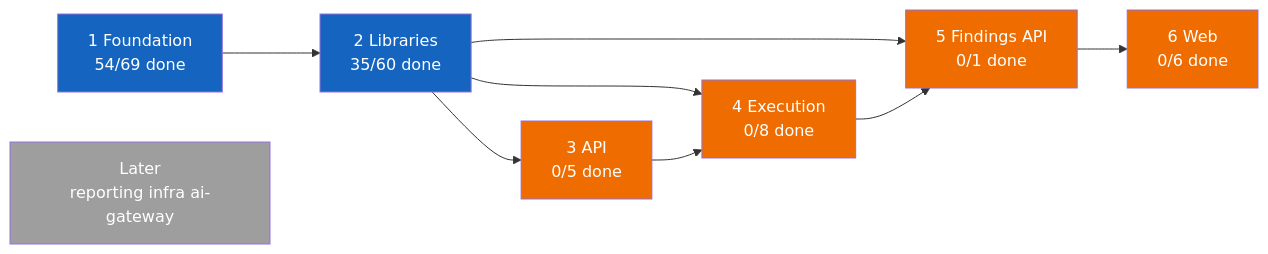
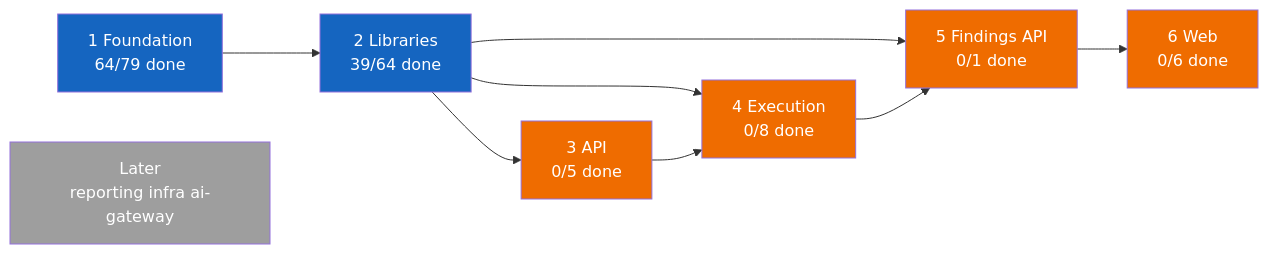
One commit to vulcanflow/docs changed the first of 2 diagrams in PROGRESS.md. Above: the diagram before and after it, drawn with Mermaid. The commit also changed other lines of this file and 1 other file, not shown here.

````diff
--- a/PROGRESS.md
+++ b/PROGRESS.md
@@ -24,31 +24,31 @@
 ```mermaid
 flowchart LR
-  P1["1 Foundation<br/>54/69 done"]
-  P2["2 Libraries<br/>35/60 done"]
+  P1["1 Foundation<br/>64/79 done"]
+  P2["2 Libraries<br/>39/64 done"]
   P3["3 API<br/>0/5 done"]
   P4["4 Execution<br/>0/8 done"]
   P5["5 Findings API<br/>0/1 done"]
   P6["6 Web<br/>0/6 done"]
   L["Later<br/>reporting infra ai-gateway"]
 
   P1 --> P2
   P2 --> P3
   P2 --> P4
   P3 --> P4
   P2 --> P5
   P4 --> P5
   P5 --> P6
 
   classDef done fill:#2e7d32,color:#fff
   classDef active fill:#1565c0,color:#fff
   classDef held fill:#9e9e9e,color:#fff
   classDef blocked fill:#ef6c00,color:#fff
 
   class P1 active
   class P2 active
   class P3 blocked
   class P4 blocked
   class P5 blocked
   class P6 blocked
   class L held
 ```
````
